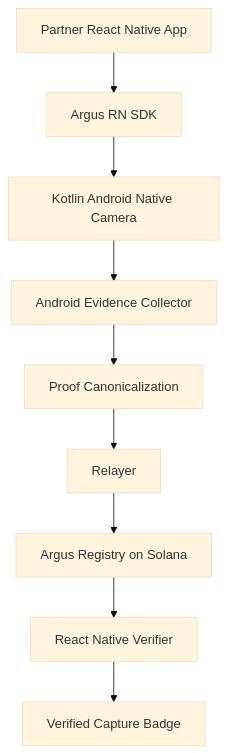
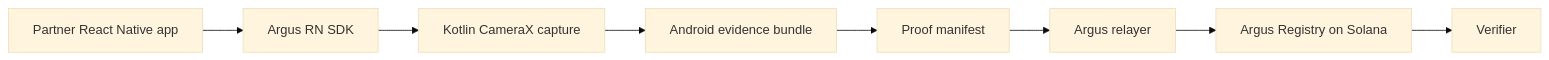
One commit to dotcom07/ARGUS changed the diagram in README.md. Above: the diagram before and after it, drawn with Mermaid (base theme). The commit also changed other lines of this file, not shown here.

````diff
--- a/README.md
+++ b/README.md
@@ -84,11 +11,10 @@
 ```mermaid
-flowchart TD
-  A[Partner React Native App] --> B[Argus RN SDK]
-  B --> C[Kotlin Android Native Camera]
-  C --> D[Android Evidence Collector]
-  D --> E[Proof Canonicalization]
-  E --> F[Relayer]
+flowchart LR
+  A[Partner React Native app] --> B[Argus RN SDK]
+  B --> C[Kotlin CameraX capture]
+  C --> D[Android evidence bundle]
+  D --> E[Proof manifest]
+  E --> F[Argus relayer]
   F --> G[Argus Registry on Solana]
-  G --> H[React Native Verifier]
-  H --> I[Verified Capture Badge]
+  G --> H[Verifier]
 ```
````
